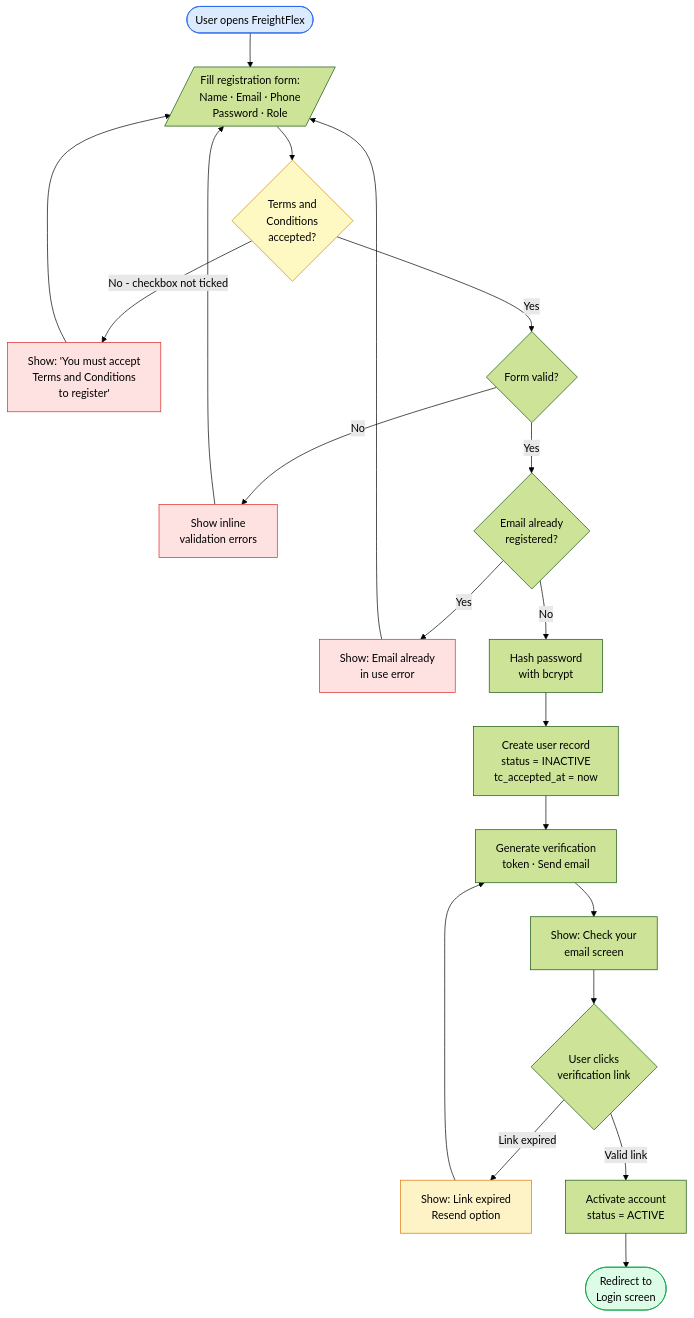
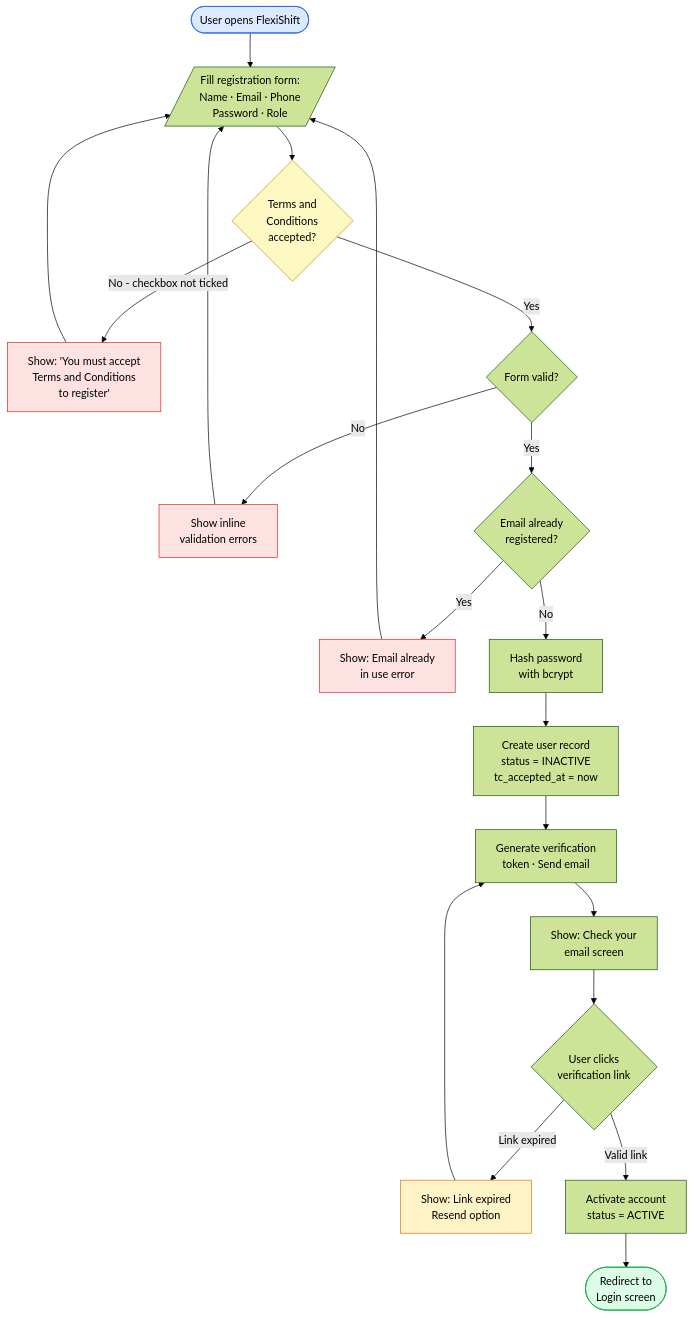
The first of 3 diagrams in docs/diagrams/03-user-registration-login-flow.md (etsqr/flexishift), drawn with Mermaid (forest theme) before and after one commit. The commit also changed 104 other files, not shown here.

First line of the commit message:
feat: implement complete Stripe escrow payment release flow with multi-currency support

````diff
--- a/docs/diagrams/03-user-registration-login-flow.md
+++ b/docs/diagrams/03-user-registration-login-flow.md
@@ -5,30 +5,30 @@
 ```mermaid
 flowchart TD
-    A([User opens FreightFlex]) --> B[/Fill registration form:\nName · Email · Phone\nPassword · Role/]
+    A([User opens FlexiShift]) --> B[/Fill registration form:\nName · Email · Phone\nPassword · Role/]
     B --> TC{Terms and\nConditions\naccepted?}
     TC -->|No - checkbox not ticked| TCD[Show: 'You must accept\nTerms and Conditions\nto register']
     TCD --> B
     TC -->|Yes| C{Form valid?}
     C -->|No| D[Show inline\nvalidation errors]
     D --> B
     C -->|Yes| E{Email already\nregistered?}
     E -->|Yes| F[Show: Email already\nin use error]
     F --> B
     E -->|No| G[Hash password\nwith bcrypt]
     G --> H[Create user record\nstatus = INACTIVE\ntc_accepted_at = now]
     H --> I[Generate verification\ntoken · Send email]
     I --> J[Show: Check your\nemail screen]
     J --> K{User clicks\nverification link}
     K -->|Link expired| L[Show: Link expired\nResend option]
     L --> I
     K -->|Valid link| M[Activate account\nstatus = ACTIVE]
     M --> N([Redirect to\nLogin screen])
 
     style A fill:#DBEAFE,stroke:#2563EB
     style N fill:#DCFCE7,stroke:#16A34A
     style D fill:#FEE2E2,stroke:#DC2626
     style F fill:#FEE2E2,stroke:#DC2626
     style L fill:#FEF3C7,stroke:#D97706
     style TC fill:#FEF9C3,stroke:#CA8A04
     style TCD fill:#FEE2E2,stroke:#DC2626
 ```
````
